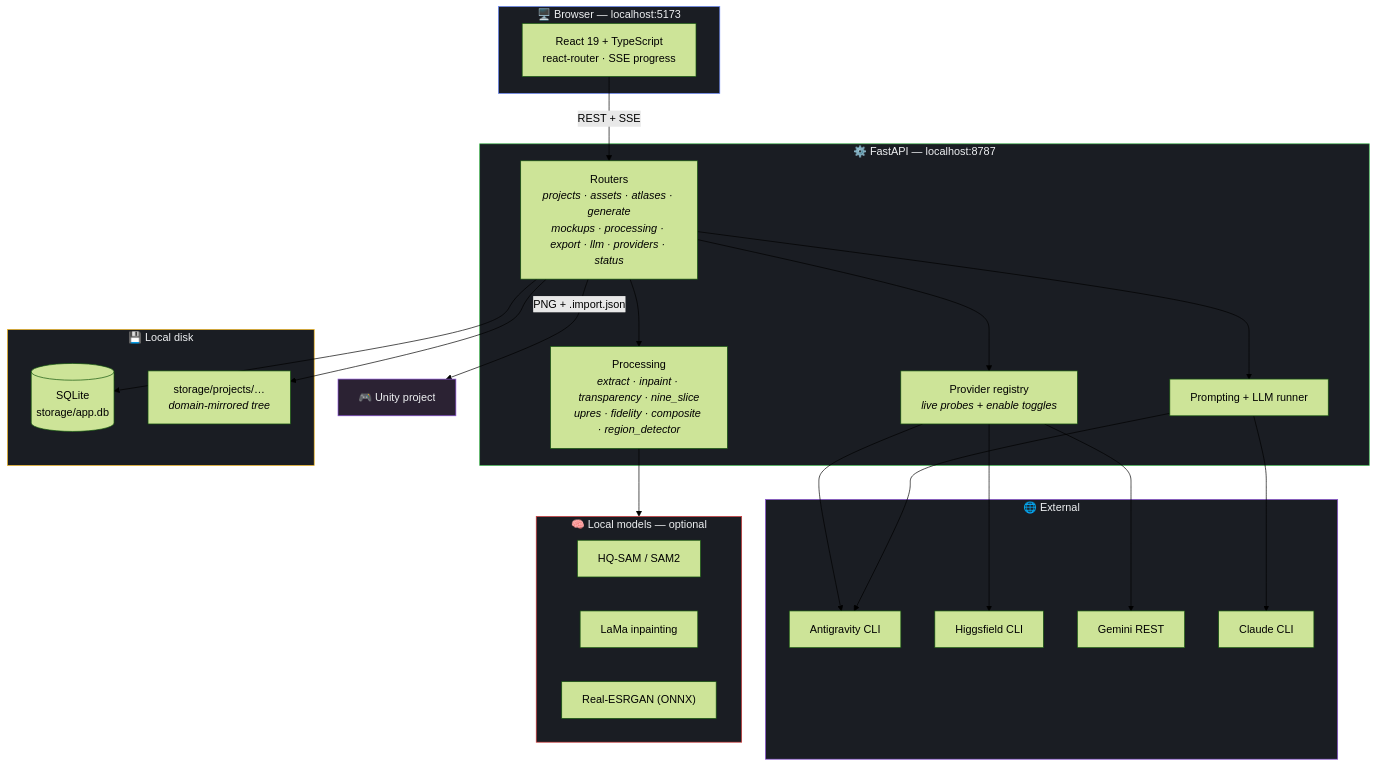
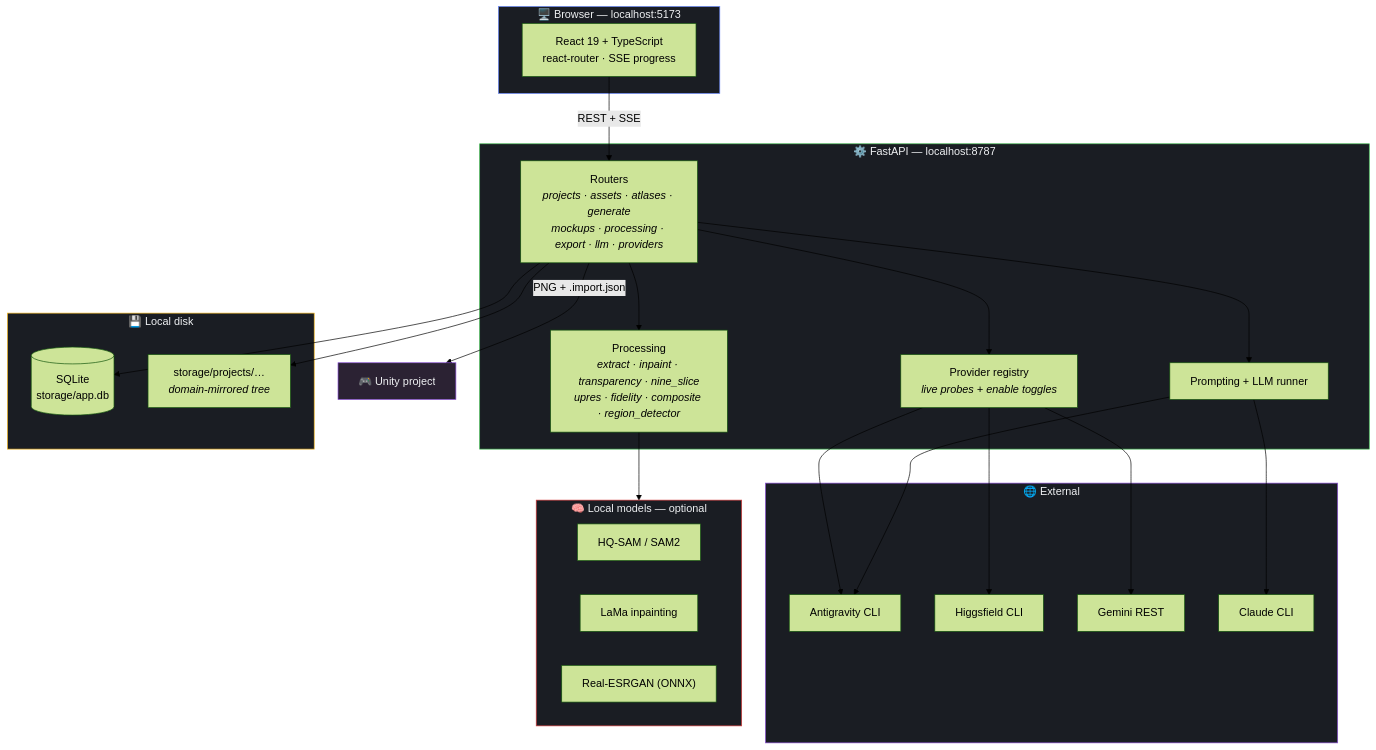
Before and after one commit to AdielMag/2d-assets-pipeline: the second of 7 diagrams in README.md, drawn with Mermaid (forest theme). The commit also changed other lines of this file and 1 other file, not shown here.

````diff
--- a/README.md
+++ b/README.md
@@ -257,49 +315,49 @@
 ```mermaid
 graph TB
     subgraph browser["🖥️ Browser — localhost:5173"]
         UI["React 19 + TypeScript<br/>react-router · SSE progress"]
     end
 
     subgraph server["⚙️ FastAPI — localhost:8787"]
-        R["Routers<br/><i>projects · assets · atlases · generate<br/>mockups · processing · export · llm · providers · status</i>"]
+        R["Routers<br/><i>projects · assets · atlases · generate<br/>mockups · processing · export · llm · providers</i>"]
         P["Processing<br/><i>extract · inpaint · transparency · nine_slice<br/>upres · fidelity · composite · region_detector</i>"]
         PR["Provider registry<br/><i>live probes + enable toggles</i>"]
         L["Prompting + LLM runner"]
     end
 
     subgraph data["💾 Local disk"]
         DB[("SQLite<br/>storage/app.db")]
         FS["storage/projects/…<br/><i>domain-mirrored tree</i>"]
     end
 
     subgraph ext["🌐 External"]
         AG["Antigravity CLI"]
         HF["Higgsfield CLI"]
         GM["Gemini REST"]
         CL["Claude CLI"]
     end
 
     subgraph ml["🧠 Local models — optional"]
         SAM["HQ-SAM / SAM2"]
         LAMA["LaMa inpainting"]
         ESR["Real-ESRGAN (ONNX)"]
     end
 
     UI -->|"REST + SSE"| R
     R --> P
     R --> PR
     R --> L
     P --> ml
     PR --> AG & HF & GM
     L --> CL & AG
     R --> DB
     R --> FS
     R -->|"PNG + .import.json"| U["🎮 Unity project"]
 
     style browser fill:#1a1d23,stroke:#6c8cff,color:#eef0f2
     style server fill:#1a1d23,stroke:#3fb950,color:#eef0f2
     style data fill:#1a1d23,stroke:#f5b820,color:#eef0f2
     style ext fill:#1a1d23,stroke:#8a4fd6,color:#eef0f2
     style ml fill:#1a1d23,stroke:#d63a3a,color:#eef0f2
     style U fill:#2b2233,stroke:#8a4fd6,color:#eef0f2
 ```
````
